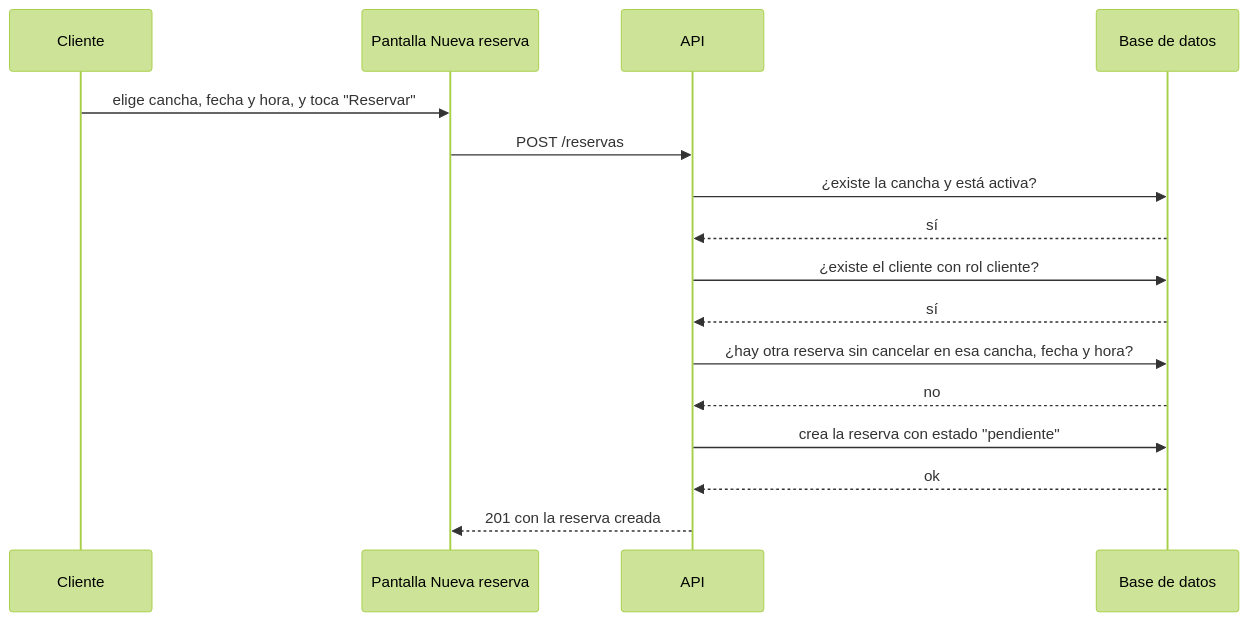
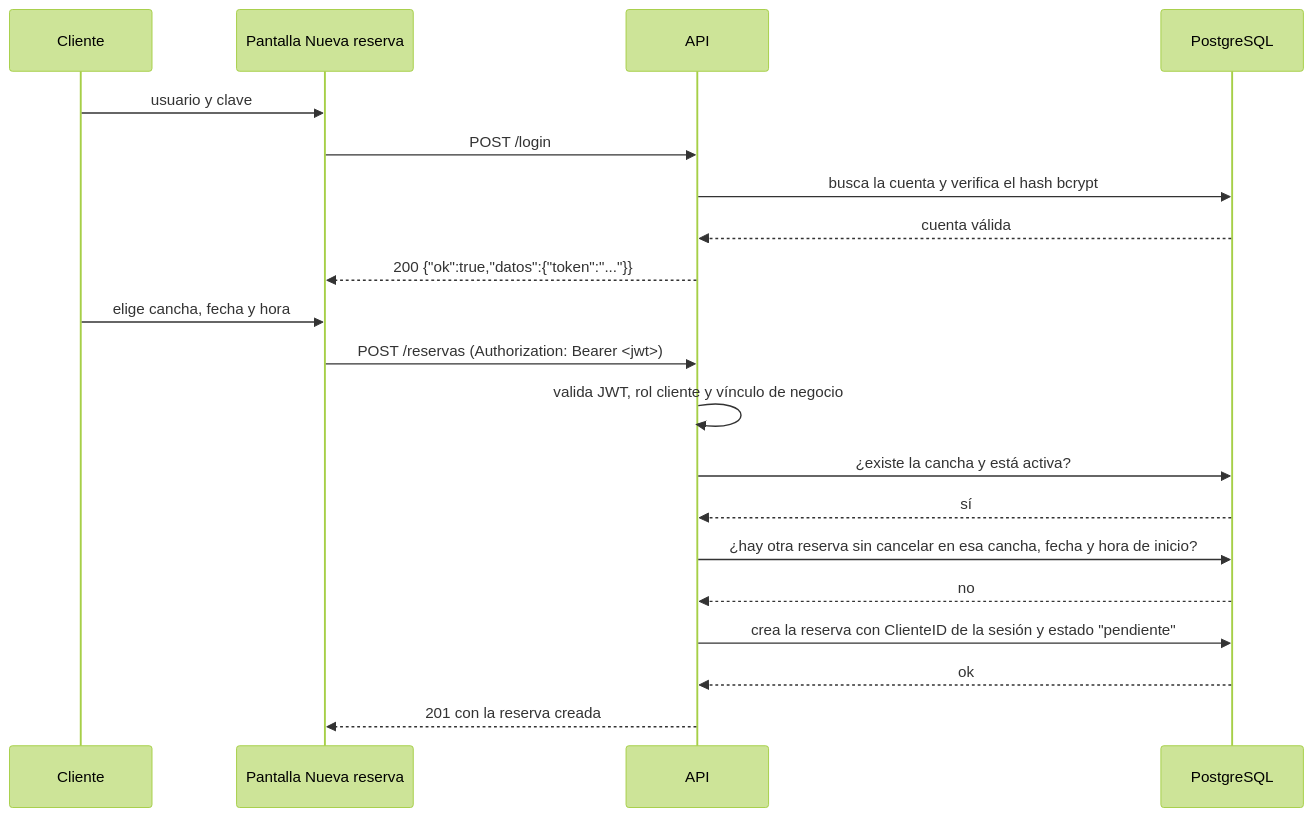
The diagram in docs/hito1_addendum.md (Pibex17/GO-ARQUITECTURA), drawn with Mermaid (forest theme) before and after one commit. The commit also changed other lines of this file and 47 other files, not shown here.

First line of the commit message:
Hito 2: JWT, autorización por rol y propiedad, OpenAPI y pruebas

````diff
--- a/docs/hito1_addendum.md
+++ b/docs/hito1_addendum.md
@@ -73,19 +81,23 @@
 ```mermaid
 sequenceDiagram
     participant C as Cliente
     participant P as Pantalla Nueva reserva
     participant A as API
-    participant B as Base de datos
+    participant B as PostgreSQL
 
-    C->>P: elige cancha, fecha y hora, y toca "Reservar"
-    P->>A: POST /reservas
+    C->>P: usuario y clave
+    P->>A: POST /login
+    A->>B: busca la cuenta y verifica el hash bcrypt
+    B-->>A: cuenta válida
+    A-->>P: 200 {"ok":true,"datos":{"token":"..."}}
+    C->>P: elige cancha, fecha y hora
+    P->>A: POST /reservas (Authorization: Bearer <jwt>)
+    A->>A: valida JWT, rol cliente y vínculo de negocio
     A->>B: ¿existe la cancha y está activa?
     B-->>A: sí
-    A->>B: ¿existe el cliente con rol cliente?
-    B-->>A: sí
-    A->>B: ¿hay otra reserva sin cancelar en esa cancha, fecha y hora?
+    A->>B: ¿hay otra reserva sin cancelar en esa cancha, fecha y hora de inicio?
     B-->>A: no
-    A->>B: crea la reserva con estado "pendiente"
+    A->>B: crea la reserva con ClienteID de la sesión y estado "pendiente"
     B-->>A: ok
     A-->>P: 201 con la reserva creada
 ```
````
